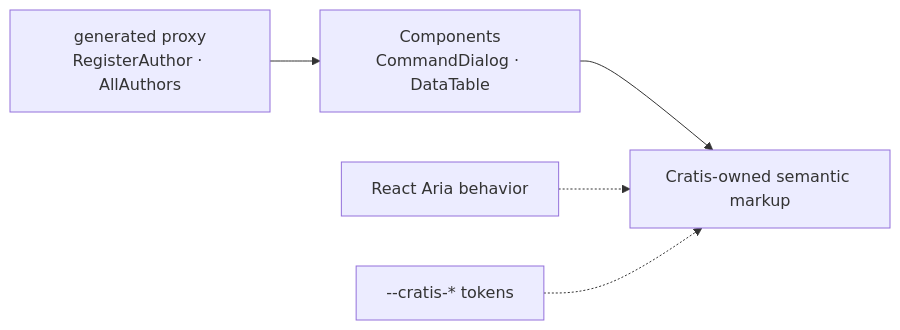
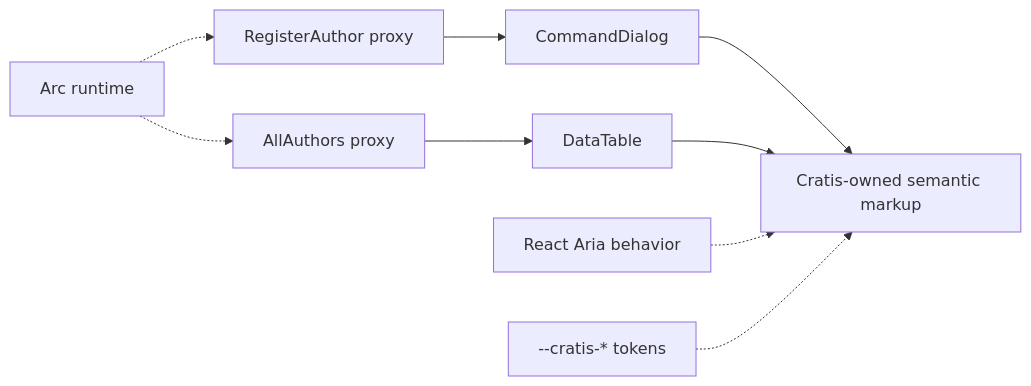
One commit to Cratis/Components changed the diagram in Documentation/getting-started.mdx. Above: the diagram before and after it, drawn with Mermaid. The commit also changed other lines of this file and 14 other files, not shown here.

````diff
--- a/Documentation/getting-started.mdx
+++ b/Documentation/getting-started.mdx
@@ -96,7 +111,11 @@
 ```mermaid
 flowchart LR
-    Proxy["generated proxy<br/>RegisterAuthor · AllAuthors"] --> C["Components<br/>CommandDialog · DataTable"]
-    C --> Markup["Cratis-owned semantic markup"]
+    Command["RegisterAuthor proxy"] --> Dialog["CommandDialog"]
+    Query["AllAuthors proxy"] --> Table["DataTable"]
+    Arc["Arc runtime"] -.-> Command
+    Arc -.-> Query
+    Dialog --> Markup["Cratis-owned semantic markup"]
+    Table --> Markup
     Aria["React Aria behavior"] -.-> Markup
     Tokens["--cratis-* tokens"] -.-> Markup
 ```
````
